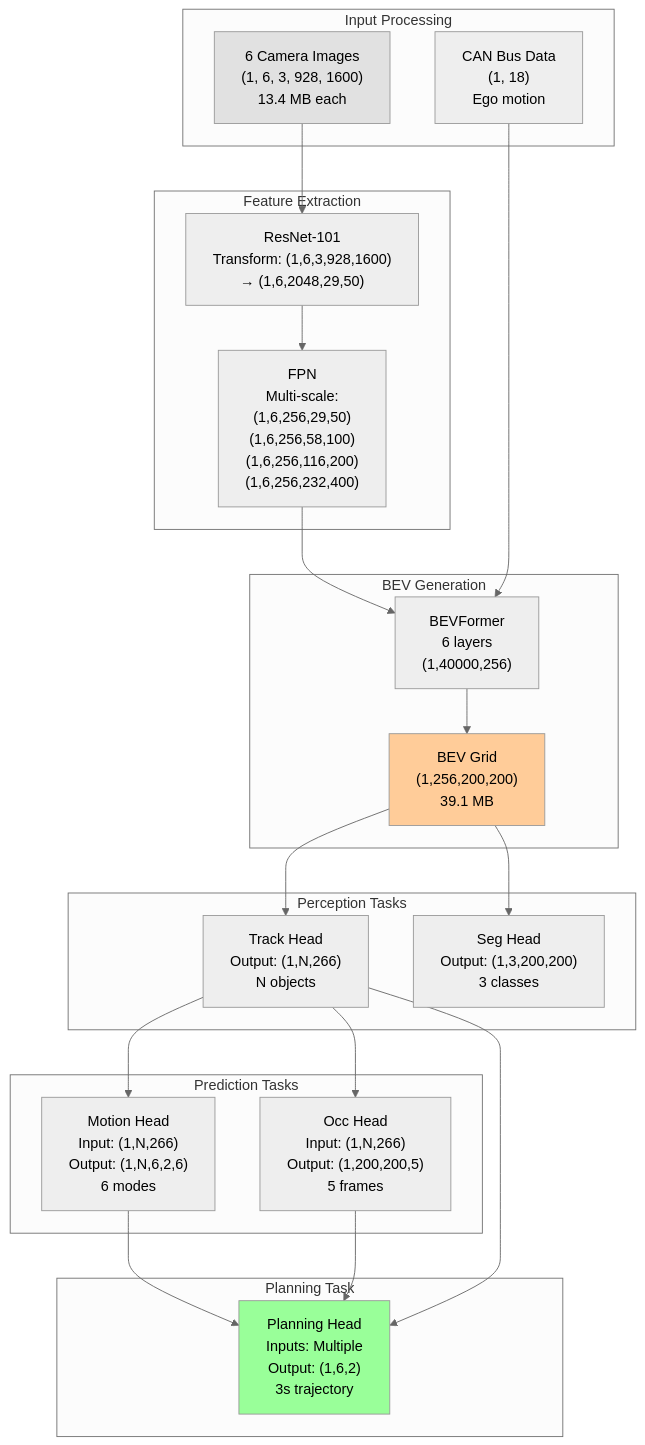
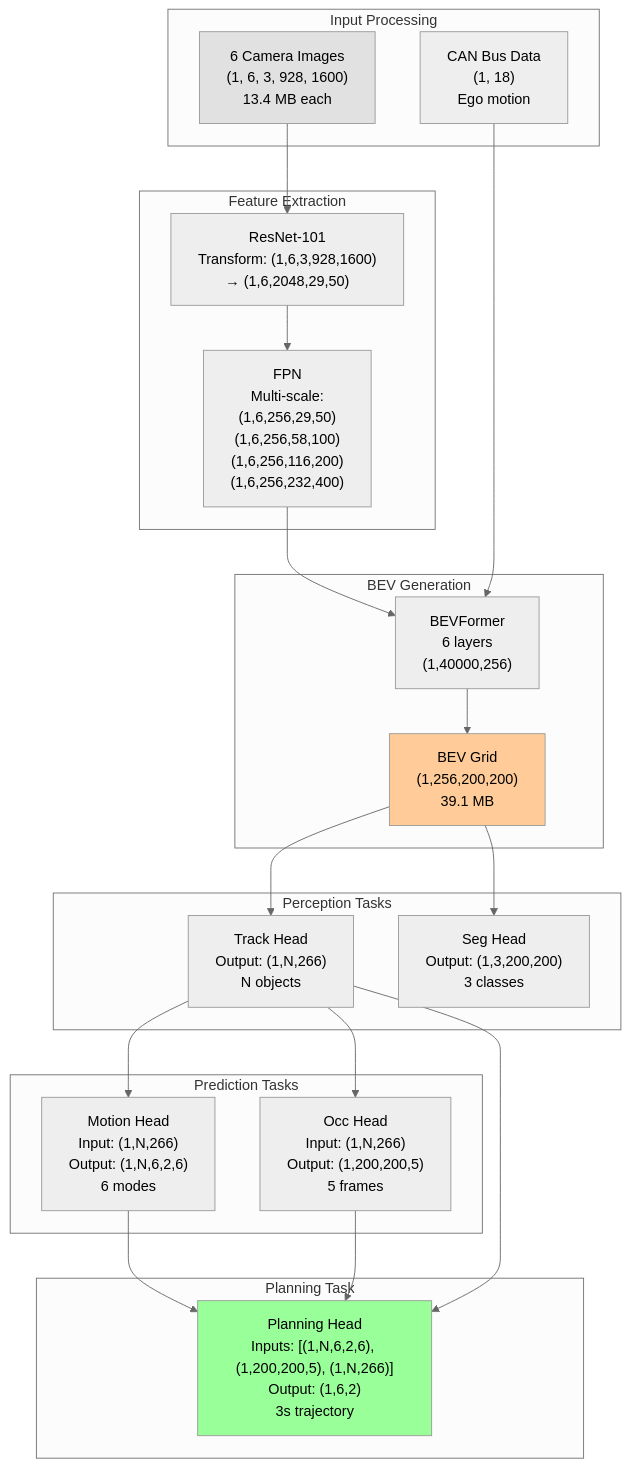
One commit to litanlitudan/UniAD changed the eighth of 9 diagrams in tools/pytorch_op_tracer/SPEC.md. Above: the diagram before and after it, drawn with Mermaid (neutral theme). The commit also changed other lines of this file and 1 other file, not shown here.

Commit message:
feat: enhance SPEC.md and planning_head_report.md with detailed tensor shape tracking and visualization for Planning Head inputs

````diff
--- a/tools/pytorch_op_tracer/SPEC.md
+++ b/tools/pytorch_op_tracer/SPEC.md
@@ -794,39 +796,39 @@
 ```mermaid
 graph TB
     %% Complete tensor shape flow through UniAD pipeline
     subgraph "Input Processing"
         Img["6 Camera Images<br/>(1, 6, 3, 928, 1600)<br/>13.4 MB each"]
         CAN["CAN Bus Data<br/>(1, 18)<br/>Ego motion"]
     end
     
     subgraph "Feature Extraction"
         Img --> Backbone["ResNet-101<br/>Transform: (1,6,3,928,1600)<br/>→ (1,6,2048,29,50)"]
         Backbone --> FPN["FPN<br/>Multi-scale:<br/>(1,6,256,29,50)<br/>(1,6,256,58,100)<br/>(1,6,256,116,200)<br/>(1,6,256,232,400)"]
     end
     
     subgraph "BEV Generation"
         FPN --> BEVEnc["BEVFormer<br/>6 layers<br/>(1,40000,256)"]
         CAN --> BEVEnc
         BEVEnc --> BEVGrid["BEV Grid<br/>(1,256,200,200)<br/>39.1 MB"]
     end
     
     subgraph "Perception Tasks"
         BEVGrid --> Track["Track Head<br/>Output: (1,N,266)<br/>N objects"]
         BEVGrid --> Seg["Seg Head<br/>Output: (1,3,200,200)<br/>3 classes"]
     end
     
     subgraph "Prediction Tasks"
         Track --> Motion["Motion Head<br/>Input: (1,N,266)<br/>Output: (1,N,6,2,6)<br/>6 modes"]
         Track --> Occ["Occ Head<br/>Input: (1,N,266)<br/>Output: (1,200,200,5)<br/>5 frames"]
     end
     
     subgraph "Planning Task"
-        Motion --> Plan["Planning Head<br/>Inputs: Multiple<br/>Output: (1,6,2)<br/>3s trajectory"]
+        Motion --> Plan["Planning Head<br/>Inputs: [(1,N,6,2,6), (1,200,200,5), (1,N,266)]<br/>Output: (1,6,2)<br/>3s trajectory"]
         Occ --> Plan
         Track --> Plan
     end
     
     style Img fill:#e1e1e1
     style BEVGrid fill:#ffcc99
     style Plan fill:#99ff99
 ```
````
